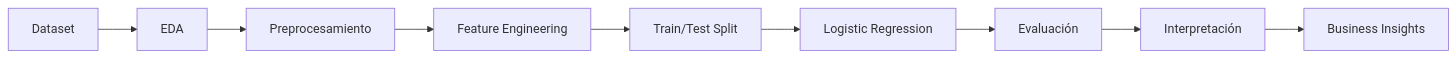
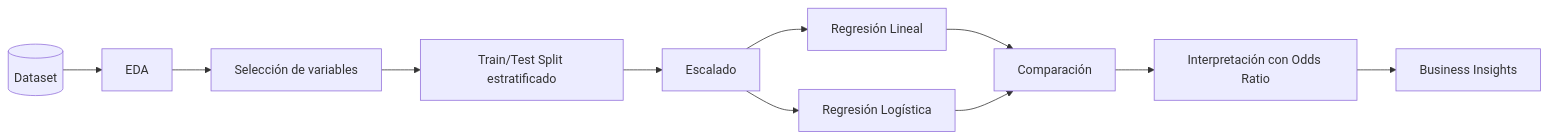
The diagram in README.md (VaninaCavallin/Cityscoot-Logistic-Regression), drawn with Mermaid before and after one commit. The commit also changed other lines of this file and 3 other files, not shown here.

````diff
--- a/README.md
+++ b/README.md
@@ -182,19 +116,13 @@
 ```mermaid
 flowchart LR
-
-A[Dataset] --> B[EDA]
-
-B --> C[Preprocesamiento]
-
-C --> D[Feature Engineering]
-
-D --> E[Train/Test Split]
-
-E --> F[Logistic Regression]
-
-F --> G[Evaluación]
-
-G --> H[Interpretación]
-
-H --> I[Business Insights]
+A[(Dataset)] --> B[EDA]
+B --> C[Selección de variables]
+C --> D[Train/Test Split estratificado]
+D --> E[Escalado]
+E --> F[Regresión Lineal]
+E --> G[Regresión Logística]
+F --> H[Comparación]
+G --> H
+H --> I[Interpretación con Odds Ratio]
+I --> J[Business Insights]
 ```
````
